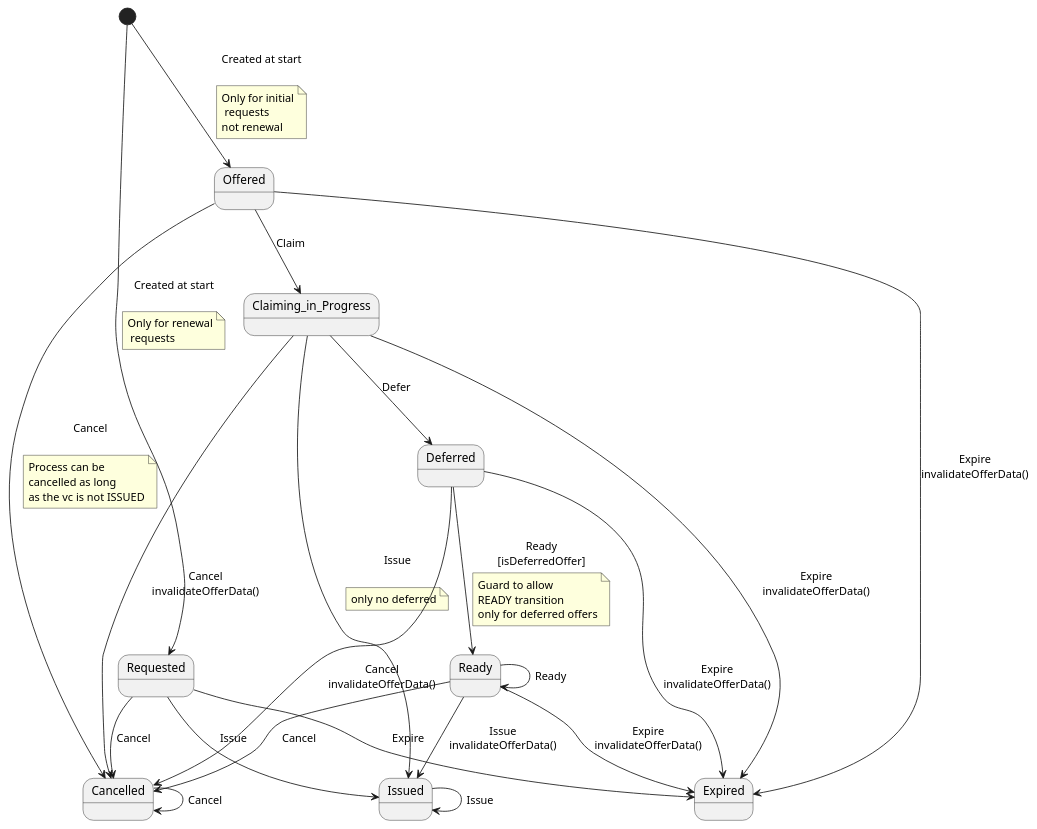
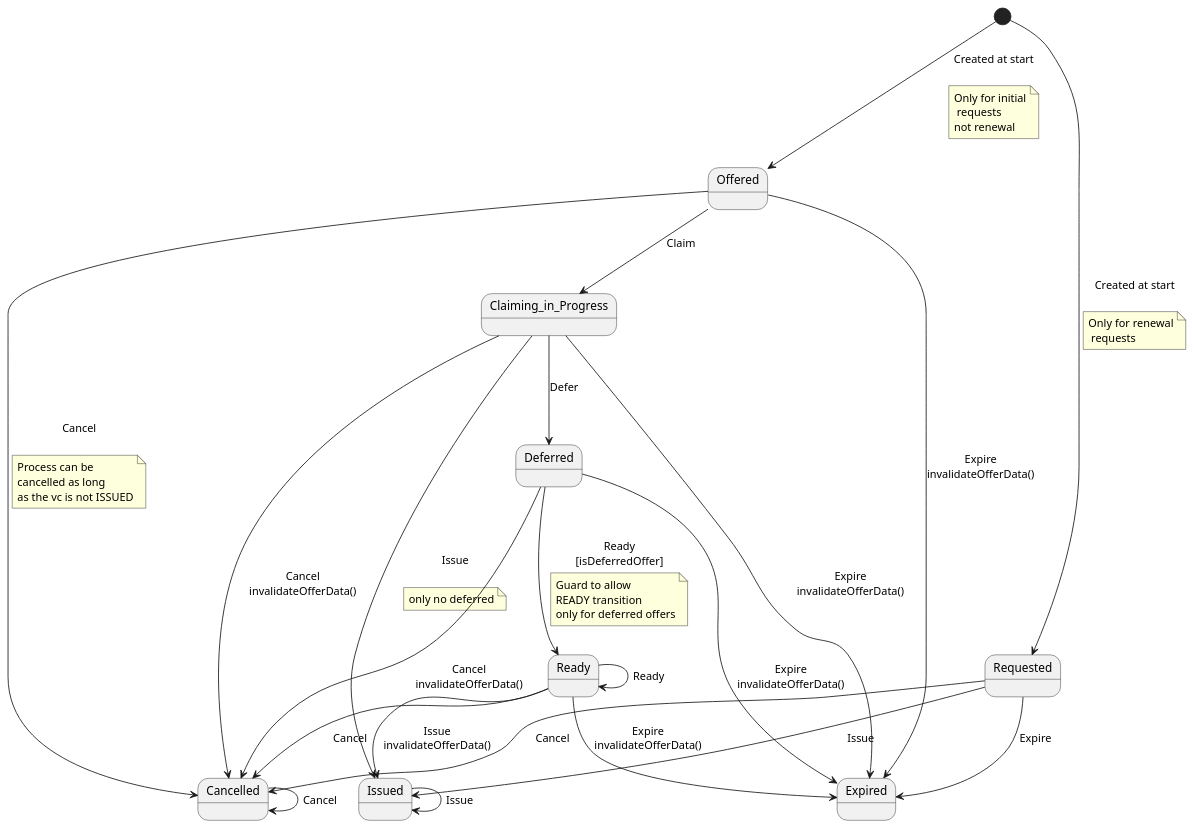
The diagram in issuer-service/src/main/resources/plantuml/credentialOfferStateMachine.puml (swiyu-admin-ch/swiyu-issuer), drawn with PlantUML before and after one commit. The commit also changed other lines of this file and 10 other files, not shown here.

```diff
--- a/issuer-service/src/main/resources/plantuml/credentialOfferStateMachine.puml
+++ b/issuer-service/src/main/resources/plantuml/credentialOfferStateMachine.puml
@@ -1,58 +1,58 @@
 @startuml
+state Issued
 state Deferred
-state Issued
-state Requested
-state Cancelled
 state Ready
 state Claiming_in_Progress
+state Cancelled
 state Offered
+state Requested
 state Expired
 [*] --> Offered : Created at start\n
 note on link
 Only for initial
  requests
 not renewal
 end note
 
 [*] --> Requested : Created at start\n
 note on link
 Only for renewal
  requests
 end note
 
 Requested --> Issued : Issue
 Requested --> Cancelled : Cancel
 Requested --> Expired : Expire
 Offered --> Cancelled : Cancel\n
 note on link
 Process can be
 cancelled as long
 as the vc is not ISSUED
 end note
 
 Offered --> Expired : Expire\ninvalidateOfferData()
 Offered --> Claiming_in_Progress : Claim
 Claiming_in_Progress --> Expired : Expire\ninvalidateOfferData()
 Claiming_in_Progress --> Deferred : Defer
 Claiming_in_Progress --> Issued : Issue\n
 note on link
 only no deferred
 end note
 
 Claiming_in_Progress --> Cancelled : Cancel\ninvalidateOfferData()
 Deferred --> Ready : Ready\n[isDeferredOffer]
 note on link
 Guard to allow
 READY transition
 only for deferred offers
 end note
 
 Deferred --> Expired : Expire\ninvalidateOfferData()
 Deferred --> Cancelled : Cancel\ninvalidateOfferData()
 Ready --> Issued : Issue\ninvalidateOfferData()
 Ready --> Expired : Expire\ninvalidateOfferData()
 Ready --> Cancelled : Cancel
 Ready --> Ready : Ready
 Issued --> Issued : Issue
 Cancelled --> Cancelled : Cancel
 @enduml
```
